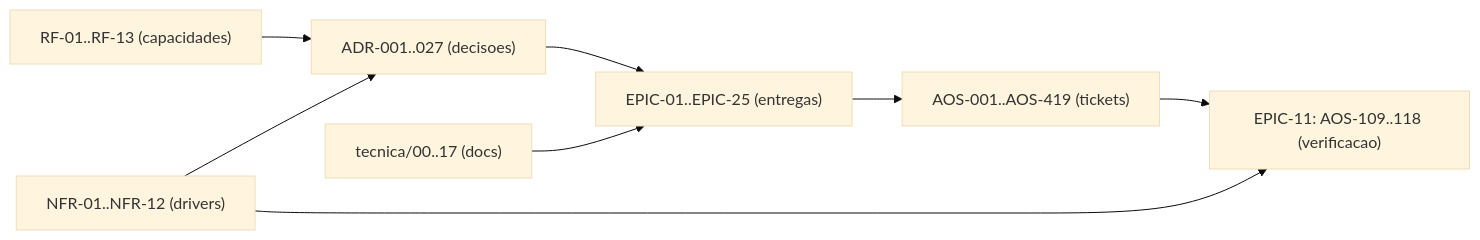
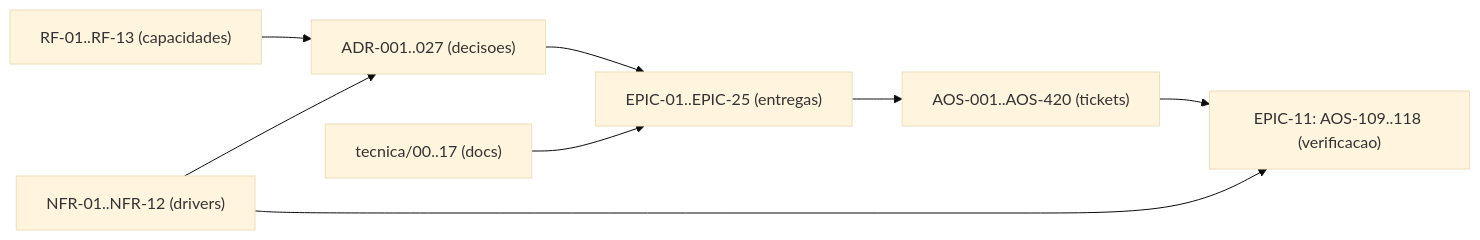
The diagram in tecnica/16_Rastreabilidade_RTM.md (albinoJimy/aos), drawn with Mermaid (base theme) before and after one commit. The commit also changed other lines of this file and 8 other files, not shown here.

````diff
--- a/tecnica/16_Rastreabilidade_RTM.md
+++ b/tecnica/16_Rastreabilidade_RTM.md
@@ -186,10 +186,10 @@
 ```mermaid
 flowchart LR
     RF["RF-01..RF-13 (capacidades)"] --> ADR["ADR-001..027 (decisoes)"]
     NFR["NFR-01..NFR-12 (drivers)"] --> ADR
     ADR --> EPIC["EPIC-01..EPIC-25 (entregas)"]
-    EPIC --> TICK["AOS-001..AOS-419 (tickets)"]
+    EPIC --> TICK["AOS-001..AOS-420 (tickets)"]
     DOC["tecnica/00..17 (docs)"] --> EPIC
     TICK --> TEST["EPIC-11: AOS-109..118 (verificacao)"]
     NFR --> TEST
 ```
````
